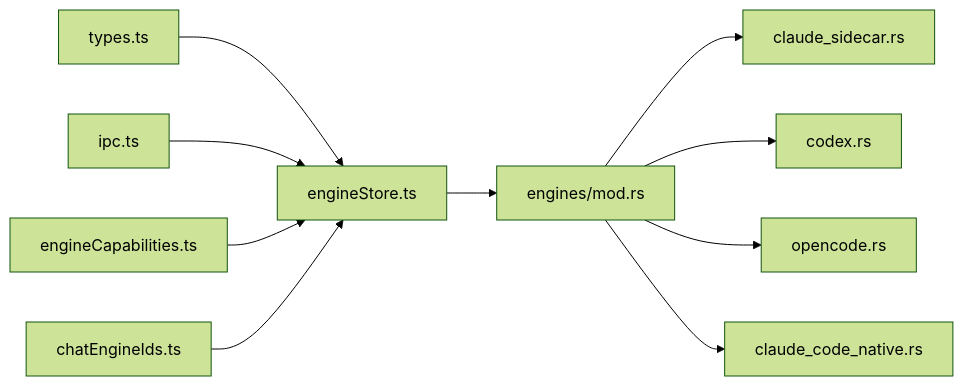
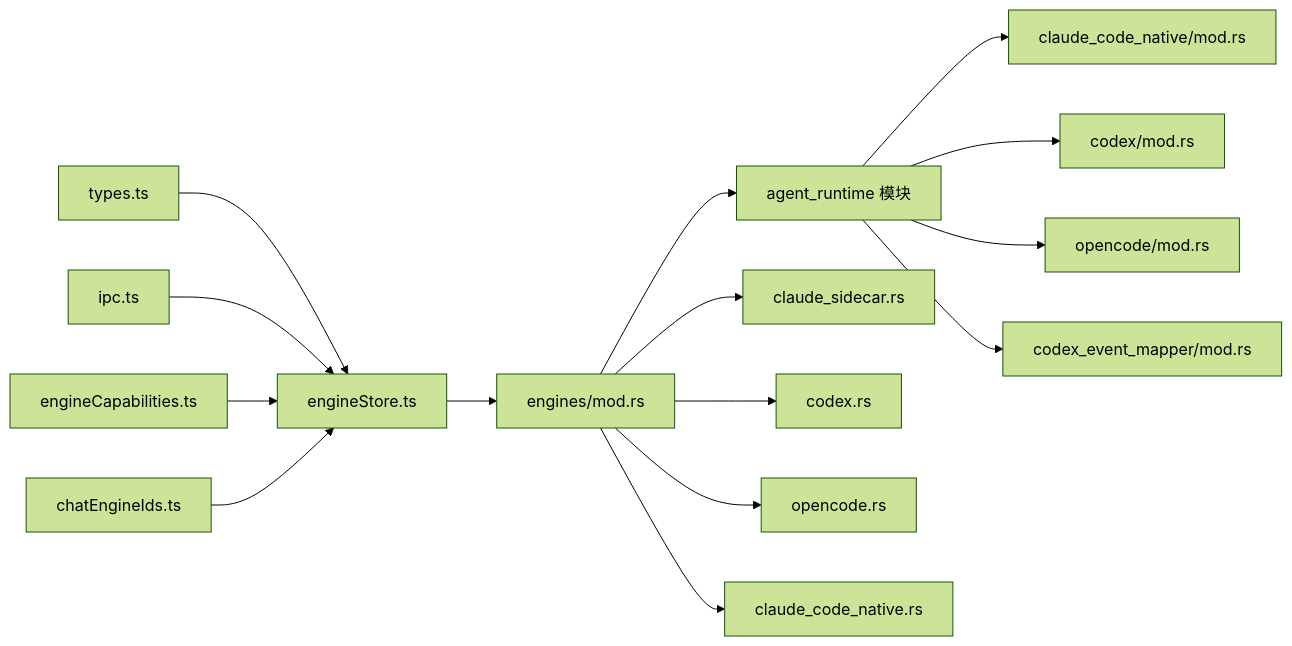
Before and after one commit to yattin/panes: diagram 12 of 12 in .qoder/repowiki/zh/content/AI 引擎管理/AI 引擎管理.md, drawn with Mermaid (forest theme). The commit also changed other lines of this file and 45 other files, not shown here.

````diff
--- a/.qoder/repowiki/zh/content/AI 引擎管理/AI 引擎管理.md
+++ b/.qoder/repowiki/zh/content/AI 引擎管理/AI 引擎管理.md
@@ -377,12 +539,17 @@
 ```mermaid
 graph LR
 TS["types.ts"] --> ES["engineStore.ts"]
 IPC["ipc.ts"] --> ES
 EC["engineCapabilities.ts"] --> ES
 CEI["chatEngineIds.ts"] --> ES
 ES --> EM["engines/mod.rs"]
+EM --> AR["agent_runtime 模块"]
+AR --> CN["claude_code_native/mod.rs"]
+AR --> CD["codex/mod.rs"]
+AR --> OC["opencode/mod.rs"]
+AR --> CEM["codex_event_mapper/mod.rs"]
 EM --> CS["claude_sidecar.rs"]
-EM --> CD["codex.rs"]
-EM --> OC["opencode.rs"]
-EM --> CN["claude_code_native.rs"]
+EM --> CD2["codex.rs"]
+EM --> OC2["opencode.rs"]
+EM --> CN2["claude_code_native.rs"]
 ```
````
